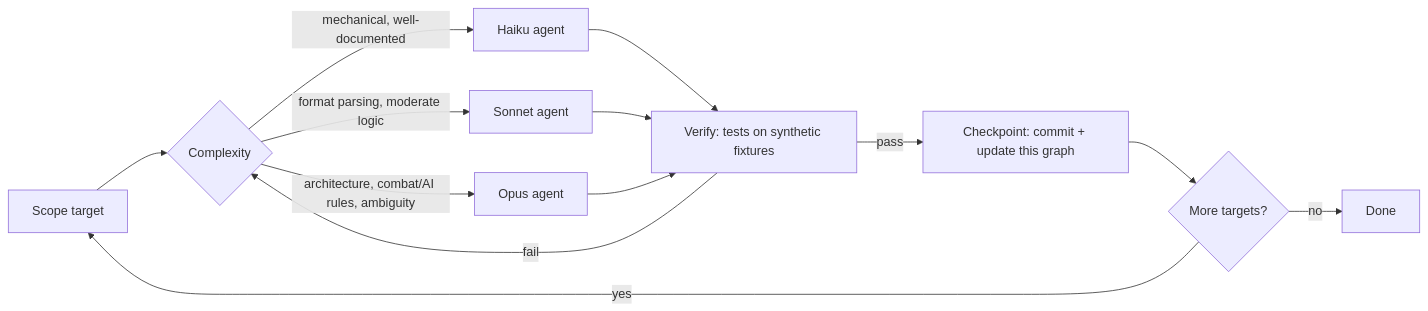
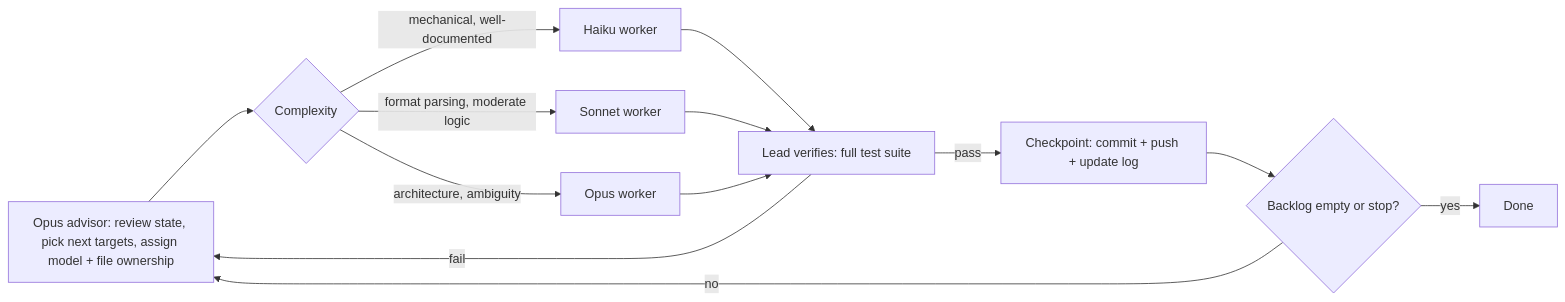
The diagram in docs/checkpoints/GRAPH.md (DimitarAtanasov/heroes-mobile), drawn with Mermaid before and after one commit.

Commit message:
Loop graph: Opus advisor at the start of every loop
Claude-Session: https://claude.ai/code/session_01Uds8QioXwf7n2x46wXMHK6

````diff
--- a/docs/checkpoints/GRAPH.md
+++ b/docs/checkpoints/GRAPH.md
@@ -7,15 +7,15 @@
 ```mermaid
 flowchart LR
-    S[Scope target] --> R{Complexity}
-    R -->|mechanical, well-documented| H[Haiku agent]
-    R -->|format parsing, moderate logic| So[Sonnet agent]
-    R -->|architecture, combat/AI rules, ambiguity| O[Opus agent]
-    H --> V[Verify: tests on synthetic fixtures]
+    A[Opus advisor: review state, pick next targets, assign model + file ownership] --> R{Complexity}
+    R -->|mechanical, well-documented| H[Haiku worker]
+    R -->|format parsing, moderate logic| So[Sonnet worker]
+    R -->|architecture, ambiguity| O[Opus worker]
+    H --> V[Lead verifies: full test suite]
     So --> V
     O --> V
-    V -->|fail| R
-    V -->|pass| C[Checkpoint: commit + update this graph]
-    C --> N{More targets?}
-    N -->|yes| S
-    N -->|no| D[Done]
+    V -->|fail| A
+    V -->|pass| C[Checkpoint: commit + push + update log]
+    C --> N{Backlog empty or stop?}
+    N -->|no| A
+    N -->|yes| D[Done]
 ```
````
